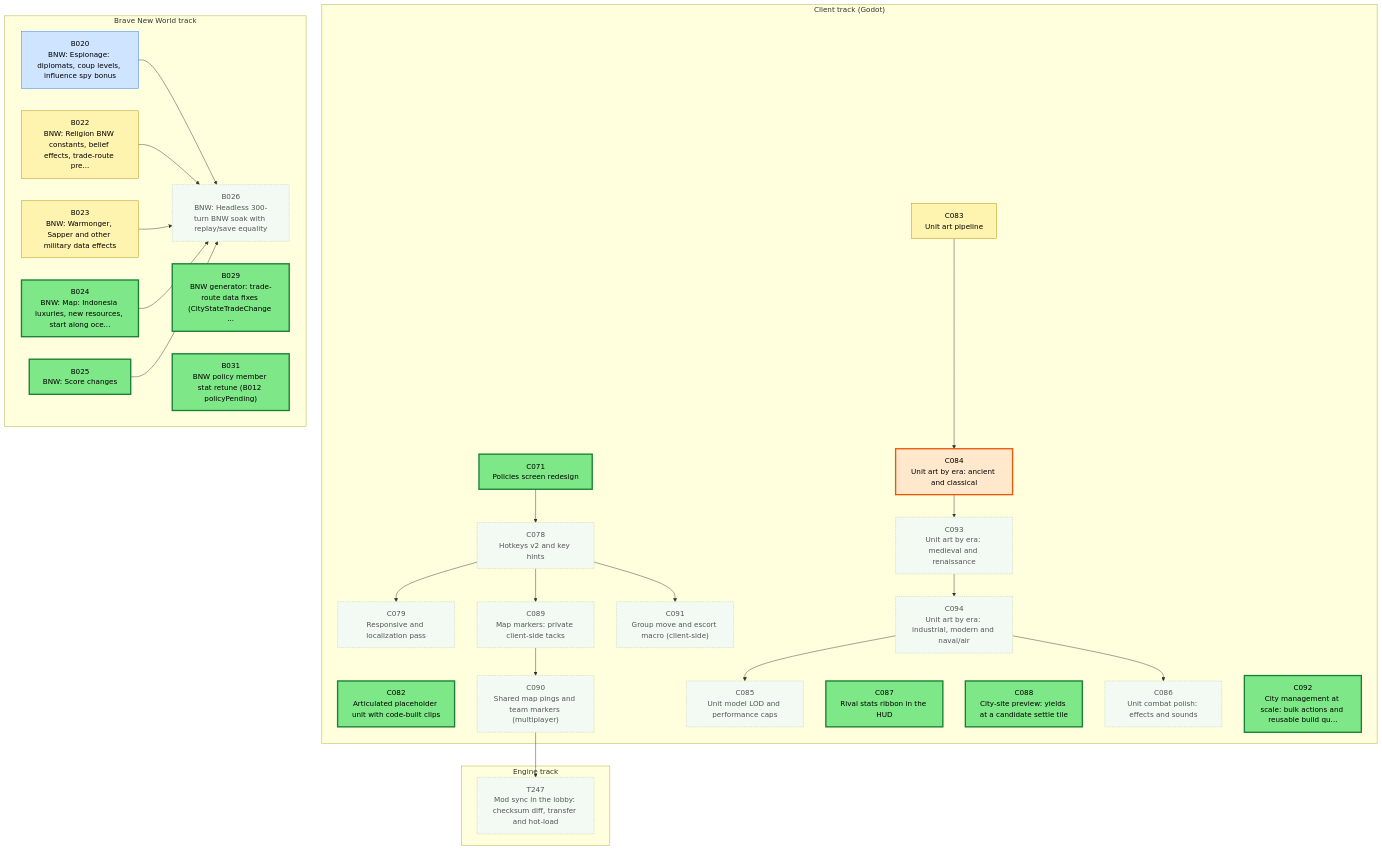
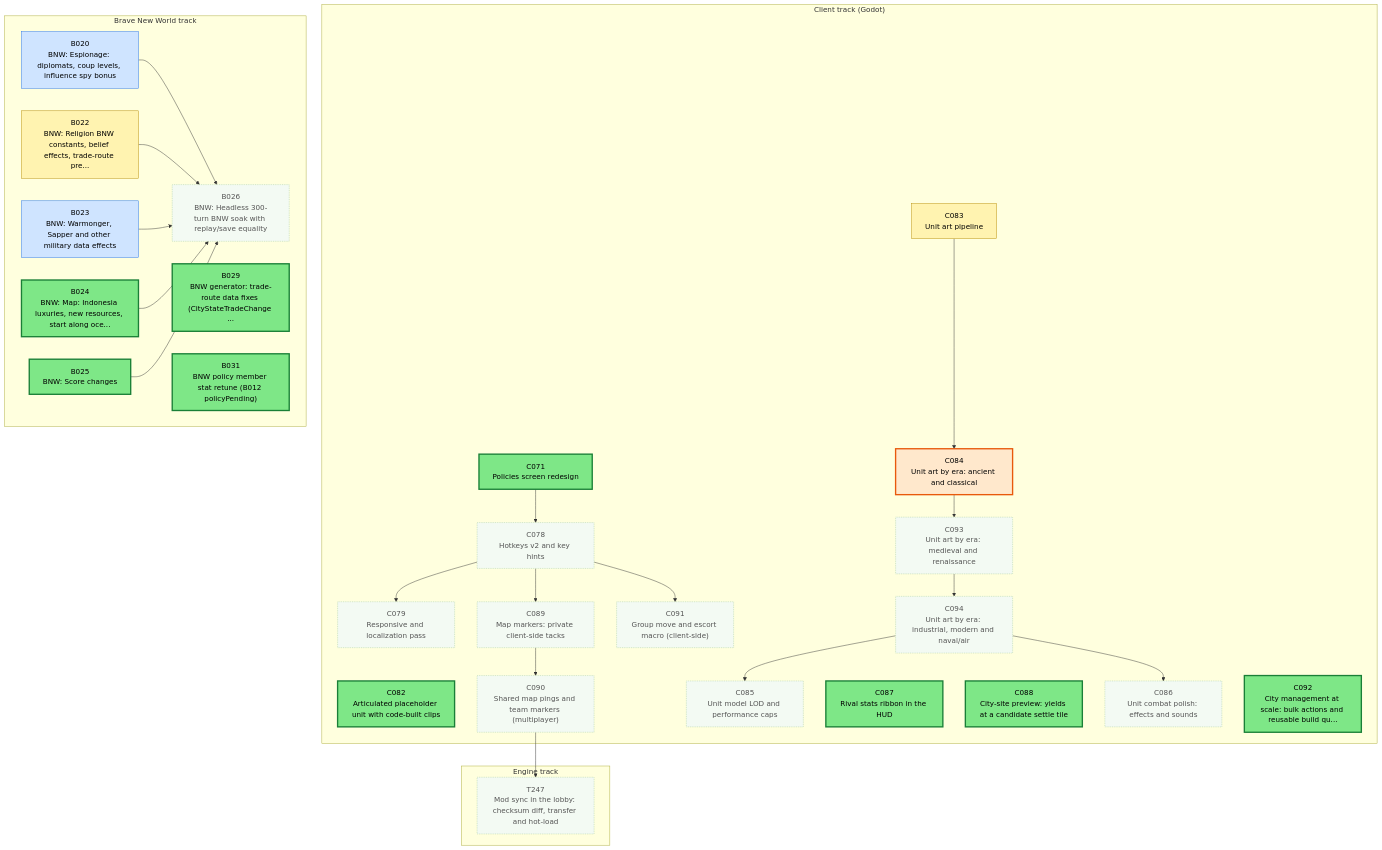
Before and after one commit to Kenmura/Unciv: the first of 3 diagrams in csharp/migration/DEPENDENCY_MAP.md, drawn with Mermaid. The commit also changed other lines of this file and 1 other file, not shown here.

Commit message:
migration: implement B023 [Claude]

````diff
--- a/csharp/migration/DEPENDENCY_MAP.md
+++ b/csharp/migration/DEPENDENCY_MAP.md
@@ -25,82 +25,82 @@
 ```mermaid
 flowchart TD
   subgraph TTRACK["Engine track"]
     T247["T247<br/>Mod sync in the lobby: checksum diff, transfer and hot-load"]
   end
   subgraph CTRACK["Client track (Godot)"]
     C071["C071<br/>Policies screen redesign"]
     C078["C078<br/>Hotkeys v2 and key hints"]
     C079["C079<br/>Responsive and localization pass"]
     C082["C082<br/>Articulated placeholder unit with code-built clips"]
     C083["C083<br/>Unit art pipeline"]
     C084["C084<br/>Unit art by era: ancient and classical"]
     C085["C085<br/>Unit model LOD and performance caps"]
     C086["C086<br/>Unit combat polish: effects and sounds"]
     C087["C087<br/>Rival stats ribbon in the HUD"]
     C088["C088<br/>City-site preview: yields at a candidate settle tile"]
     C089["C089<br/>Map markers: private client-side tacks"]
     C090["C090<br/>Shared map pings and team markers (multiplayer)"]
     C091["C091<br/>Group move and escort macro (client-side)"]
     C092["C092<br/>City management at scale: bulk actions and reusable build qu..."]
     C093["C093<br/>Unit art by era: medieval and renaissance"]
     C094["C094<br/>Unit art by era: industrial, modern and naval/air"]
   end
   subgraph BTRACK["Brave New World track"]
     B020["B020<br/>BNW: Espionage: diplomats, coup levels, influence spy bonus"]
     B022["B022<br/>BNW: Religion BNW constants, belief effects, trade-route pre..."]
     B023["B023<br/>BNW: Warmonger, Sapper and other military data effects"]
     B024["B024<br/>BNW: Map: Indonesia luxuries, new resources, start along oce..."]
     B025["B025<br/>BNW: Score changes"]
     B026["B026<br/>BNW: Headless 300-turn BNW soak with replay/save equality"]
     B029["B029<br/>BNW generator: trade-route data fixes (CityStateTradeChange ..."]
     B031["B031<br/>BNW policy member stat retune (B012 policyPending)"]
   end
   C090 --> T247
   C071 --> C078
   C078 --> C079
   C083 --> C084
   C094 --> C085
   C094 --> C086
   C078 --> C089
   C089 --> C090
   C078 --> C091
   C084 --> C093
   C093 --> C094
   B020 --> B026
   B022 --> B026
   B023 --> B026
   B024 --> B026
   B025 --> B026
   classDef waiting fill:#f3faf3,stroke:#9bc49b,color:#555,stroke-dasharray:2 2
   classDef ondeck fill:#ffe8cc,stroke:#e8590c,stroke-width:3px,color:#000
   classDef ready fill:#7ee787,stroke:#1a7f37,stroke-width:3px,color:#000
   classDef prog fill:#fff3b0,stroke:#b58900,color:#000
   classDef review fill:#cfe4ff,stroke:#1f6feb,color:#000
   classDef blocked fill:#ffd6d6,stroke:#c62828,color:#000
   classDef done fill:#eeeeee,stroke:#999999,color:#666,stroke-dasharray:4 3
   class B020 review
   class B022 prog
-  class B023 prog
+  class B023 review
   class B024 ready
   class B025 ready
   class B026 waiting
   class B029 ready
   class B031 ready
   class C071 ready
   class C078 waiting
   class C079 waiting
   class C082 ready
   class C083 prog
   class C084 ondeck
   class C085 waiting
   class C086 waiting
   class C087 ready
   class C088 ready
   class C089 waiting
   class C090 waiting
   class C091 waiting
   class C092 ready
   class C093 waiting
   class C094 waiting
   class T247 waiting
 ```
````
